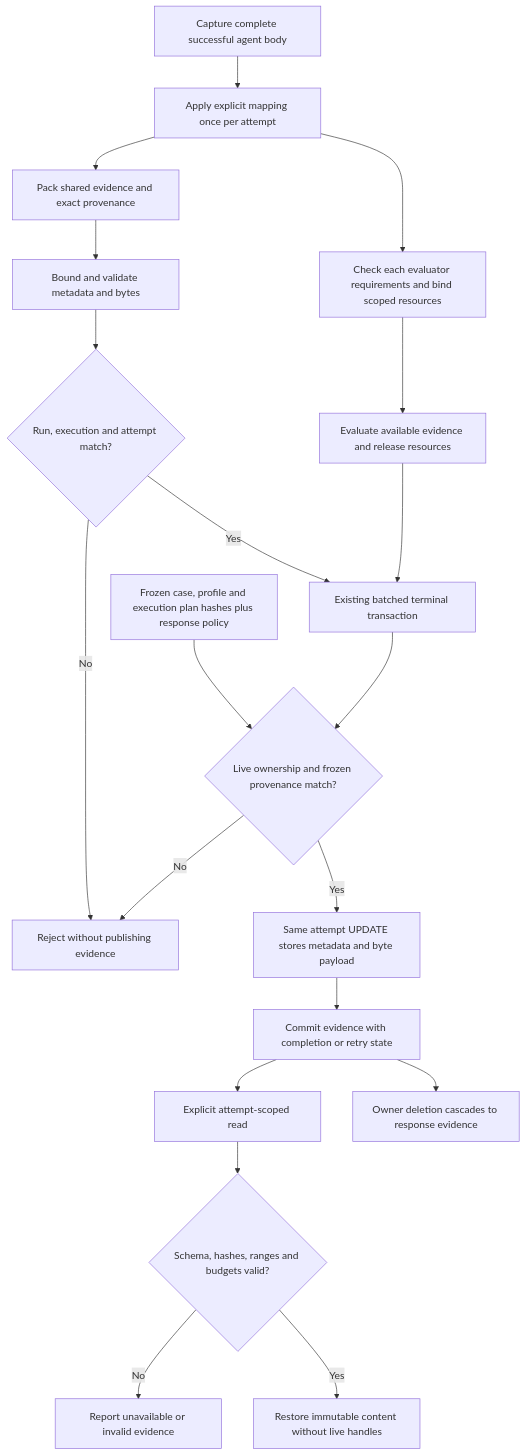
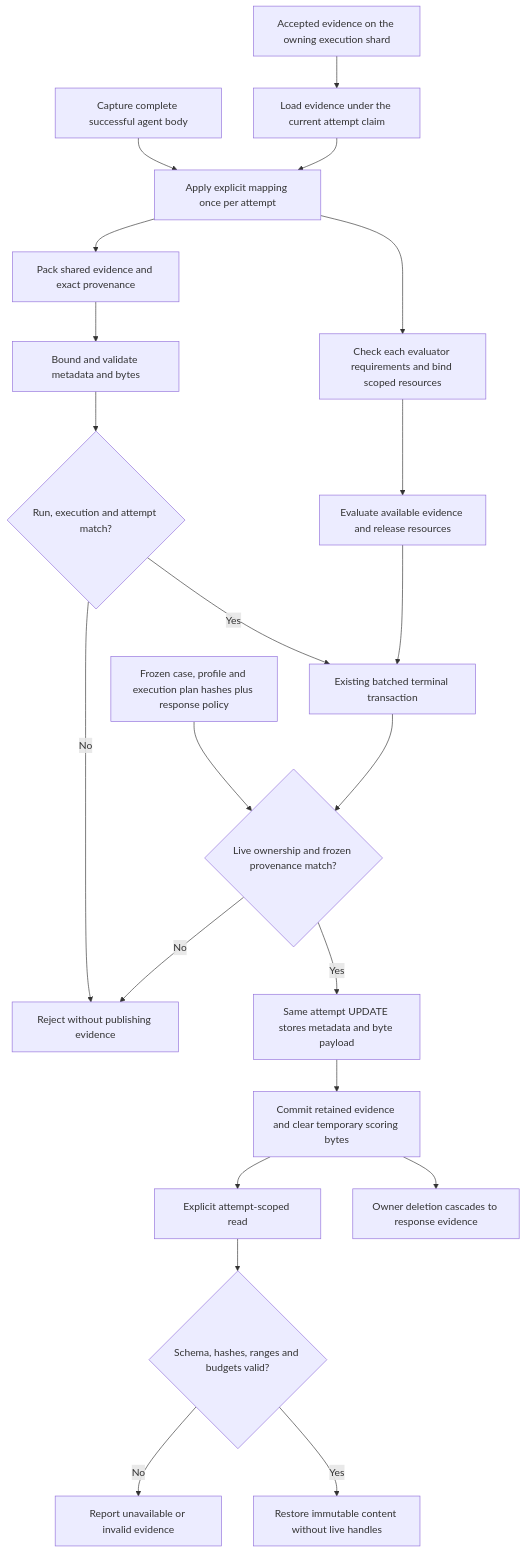
The diagram in web/docs/architecture/response-evidence/persistence.mmd (agent-vigilo/vigilo), drawn with Mermaid before and after one commit. The commit also changed 17 other files, not shown here.

```diff
--- a/web/docs/architecture/response-evidence/persistence.mmd
+++ b/web/docs/architecture/response-evidence/persistence.mmd
@@ -1,20 +1,22 @@
 flowchart TD
     capture[Capture complete successful agent body] --> mapping[Apply explicit mapping once per attempt]
+    ready[Accepted evidence on the owning execution shard] --> resume[Load evidence under the current attempt claim]
+    resume --> mapping
     mapping --> packet[Pack shared evidence and exact provenance]
     mapping --> evaluator[Check each evaluator requirements and bind scoped resources]
     evaluator --> outcome[Evaluate available evidence and release resources]
     packet --> pack[Bound and validate metadata and bytes]
     outcome --> transaction
     pack --> owner{Run, execution and attempt match?}
     owner -->|No| reject[Reject without publishing evidence]
     owner -->|Yes| transaction[Existing batched terminal transaction]
     snapshot[Frozen case, profile and execution plan hashes plus response policy] --> guard
     transaction --> guard{Live ownership and frozen provenance match?}
     guard -->|No| reject
     guard -->|Yes| update[Same attempt UPDATE stores metadata and byte payload]
-    update --> commit[Commit evidence with completion or retry state]
+    update --> commit[Commit retained evidence and clear temporary scoring bytes]
     commit --> read[Explicit attempt-scoped read]
     read --> integrity{Schema, hashes, ranges and budgets valid?}
     integrity -->|No| unavailable[Report unavailable or invalid evidence]
     integrity -->|Yes| restore[Restore immutable content without live handles]
     commit --> deletion[Owner deletion cascades to response evidence]
```
